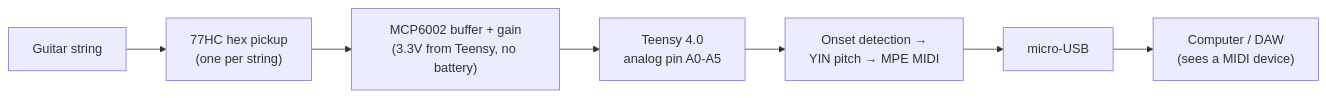
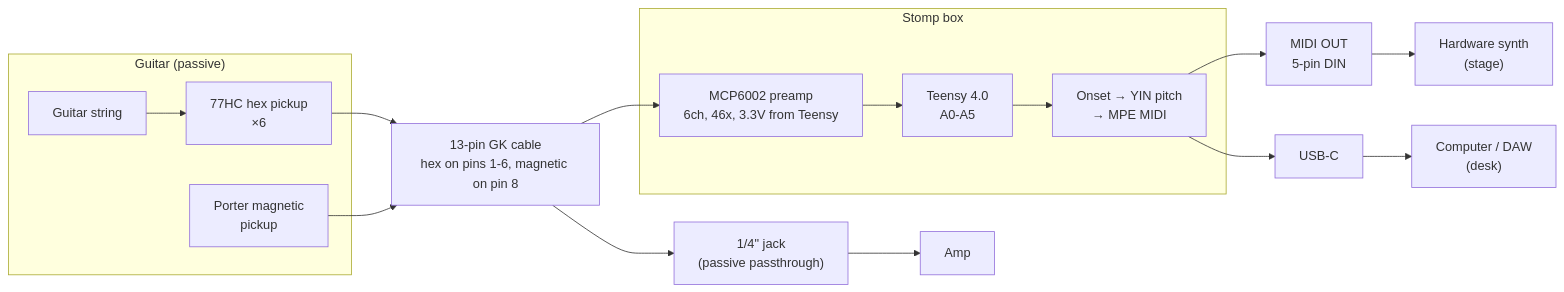
One commit to oo-eric/guitar-build changed the diagram in README.md. Above: the diagram before and after it, drawn with Mermaid. The commit also changed other lines of this file and 25 other files, not shown here.

````diff
--- a/README.md
+++ b/README.md
@@ -31,9 +38,22 @@
 ```mermaid
 flowchart LR
-    S["Guitar string"] --> P["77HC hex pickup<br>(one per string)"]
-    P --> B["MCP6002 buffer + gain<br>(3.3V from Teensy, no battery)"]
-    B --> ADC["Teensy 4.0<br>analog pin A0-A5"]
-    ADC --> DSP["Onset detection →<br>YIN pitch → MPE MIDI"]
-    DSP --> USB["micro-USB"]
-    USB --> C["Computer / DAW<br>(sees a MIDI device)"]
+    subgraph G["Guitar (passive)"]
+        S["Guitar string"] --> P["77HC hex pickup<br>×6"]
+        M["Porter magnetic<br>pickup"]
+    end
+    P --> K["13-pin GK cable<br>hex on pins 1-6, magnetic on pin 8"]
+    M --> K
+    subgraph BOX["Stomp box"]
+        B["MCP6002 preamp<br>6ch, 46x, 3.3V from Teensy"]
+        ADC["Teensy 4.0<br>A0-A5"]
+        DSP["Onset → YIN pitch<br>→ MPE MIDI"]
+        B --> ADC --> DSP
+    end
+    K --> B
+    K --> J["1/4&quot; jack<br>(passive passthrough)"]
+    DSP --> DIN["MIDI OUT<br>5-pin DIN"]
+    DSP --> USB["USB-C"]
+    DIN --> SY["Hardware synth<br>(stage)"]
+    USB --> C["Computer / DAW<br>(desk)"]
+    J --> AMP["Amp"]
 ```
````
